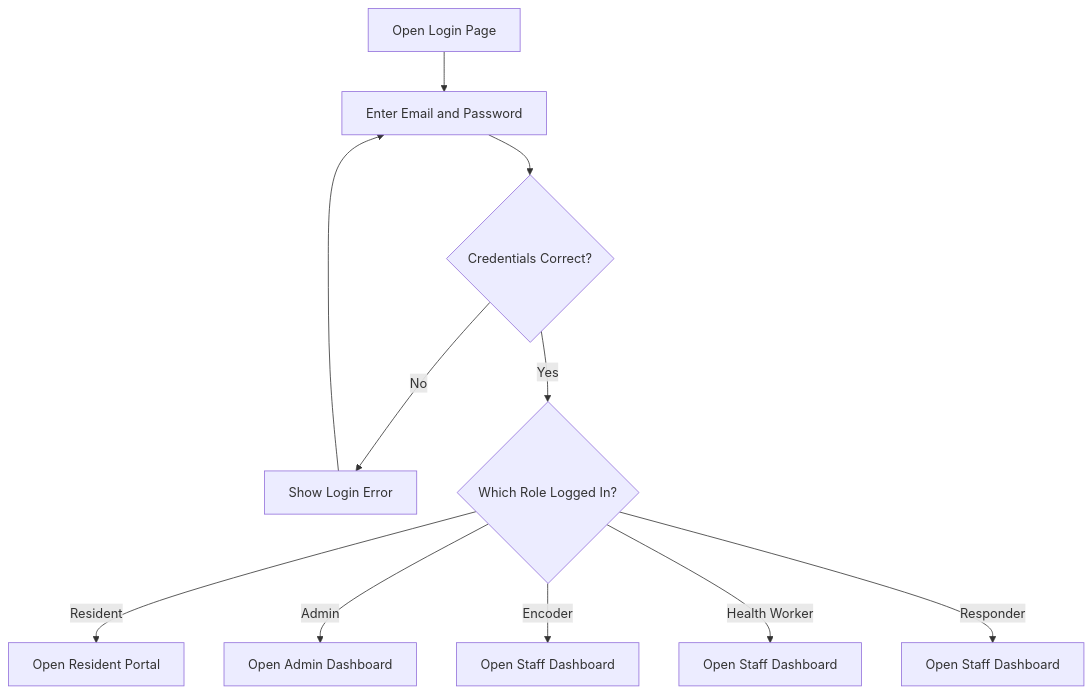
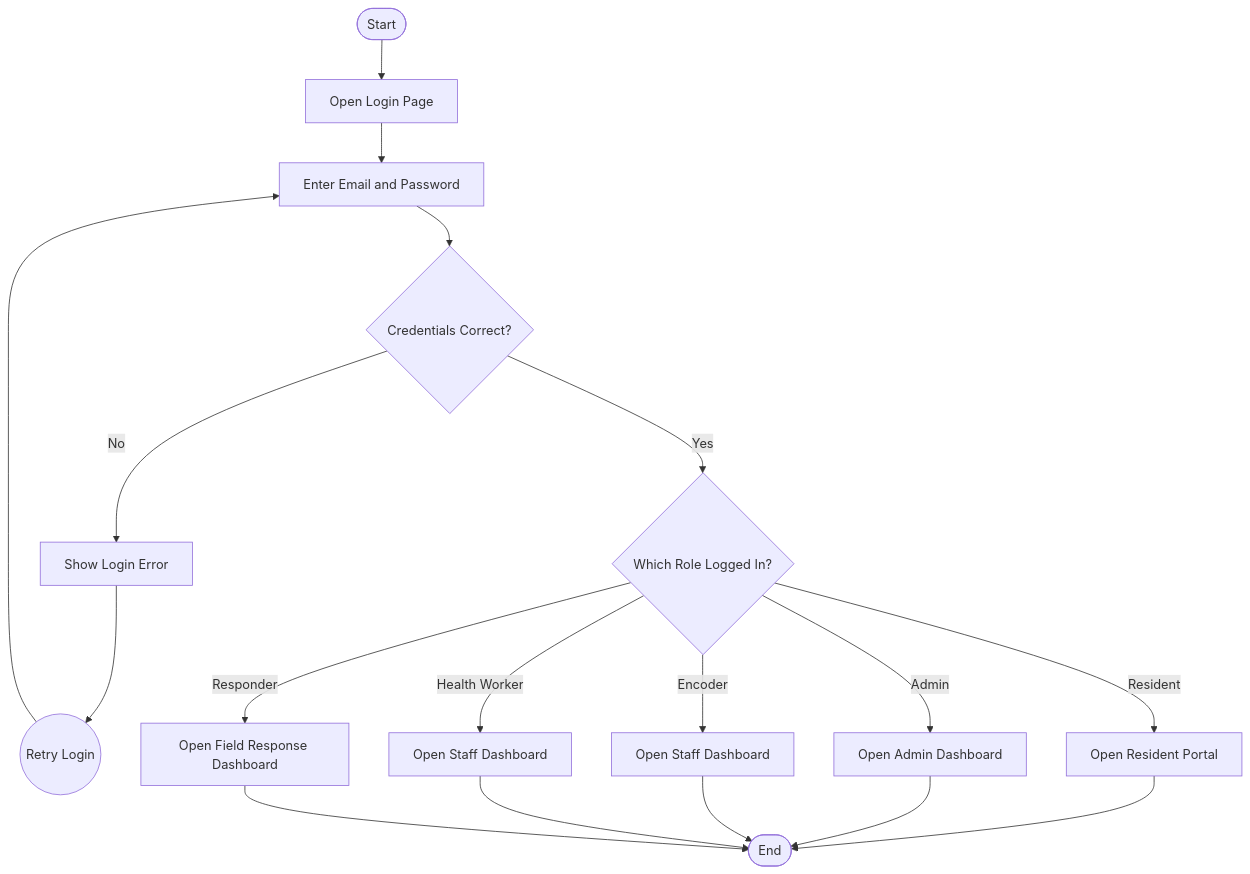
Before and after one commit to RICKYLER/pwa: the first of 7 diagrams in ROLE_UIUX_FLOWCHART.md, drawn with Mermaid. The commit also changed other lines of this file and 12 other files, not shown here.

````diff
--- a/ROLE_UIUX_FLOWCHART.md
+++ b/ROLE_UIUX_FLOWCHART.md
@@ -12,15 +21,23 @@
 ```mermaid
 flowchart TD
-    A[Open Login Page] --> B[Enter Email and Password]
-    B --> C{Credentials Correct?}
+    START([Start]) --> LOGIN[Open Login Page]
+    LOGIN --> ENTER[Enter Email and Password]
+    ENTER --> VALID{Credentials Correct?}
 
-    C -- No --> D[Show Login Error]
-    D --> B
+    VALID -- No --> ERROR[Show Login Error]
+    ERROR --> RETRY((Retry Login))
+    RETRY --> ENTER
 
-    C -- Yes --> E{Which Role Logged In?}
-    E -- Resident --> F[Open Resident Portal]
-    E -- Admin --> G[Open Admin Dashboard]
-    E -- Encoder --> H[Open Staff Dashboard]
-    E -- Health Worker --> I[Open Staff Dashboard]
-    E -- Responder --> J[Open Staff Dashboard]
+    VALID -- Yes --> ROLE{Which Role Logged In?}
+    ROLE -- Resident --> RESIDENT[Open Resident Portal]
+    ROLE -- Admin --> ADMIN[Open Admin Dashboard]
+    ROLE -- Encoder --> ENCODER[Open Staff Dashboard]
+    ROLE -- Health Worker --> HEALTH[Open Staff Dashboard]
+    ROLE -- Responder --> RESPONDER[Open Field Response Dashboard]
+
+    RESIDENT --> END([End])
+    ADMIN --> END
+    ENCODER --> END
+    HEALTH --> END
+    RESPONDER --> END
 ```
````
